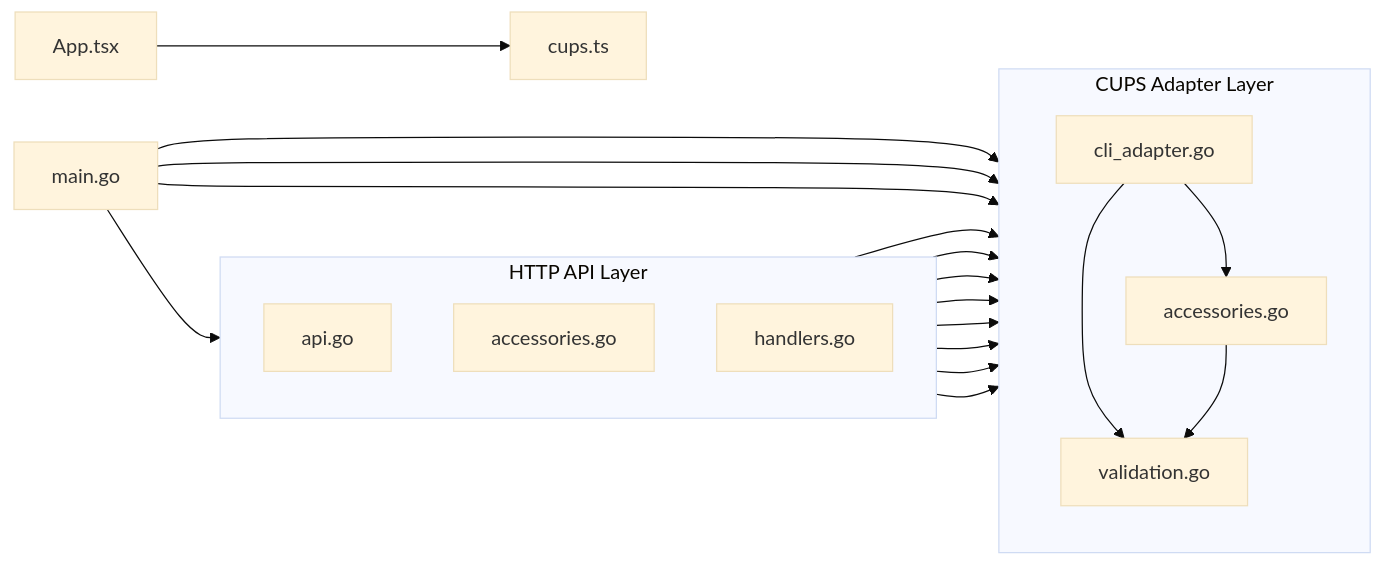
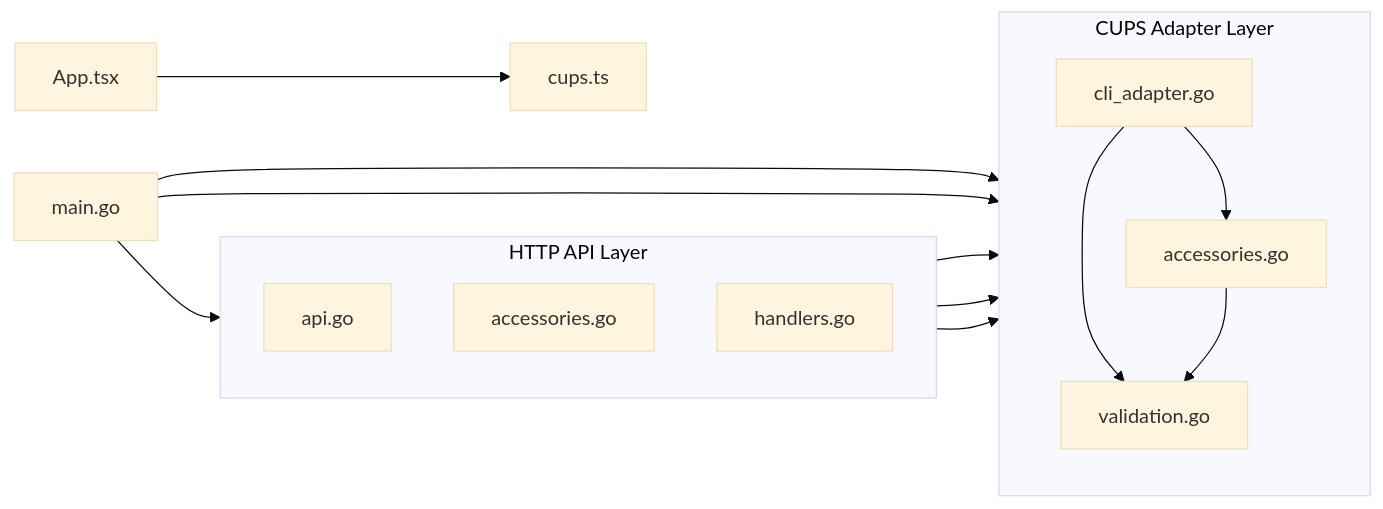
The second of 2 diagrams in README.md (dominicferri/cups-web-interface), drawn with Mermaid (base theme) before and after one commit. The commit also changed other lines of this file, not shown here.

Commit message:
README: fewer links in the dependency diagram

````diff
--- a/README.md
+++ b/README.md
@@ -268,34 +268,28 @@
 ```mermaid
 flowchart LR
   subgraph G0["HTTP API Layer"]
     direction TB
     N2["api.go"]
     N5["accessories.go"]
     N6["handlers.go"]
   end
   N0["main.go"]
   N12["App.tsx"]
   N13["cups.ts"]
   subgraph G7["CUPS Adapter Layer"]
     direction TB
     N7["cli_adapter.go"]
     N10["accessories.go"]
     N11["validation.go"]
   end
   N6 --> N11
   N7 --> N11
   N10 --> N11
   N5 --> N11
   N0 --> N2
   N0 --> N7
   N7 --> N10
   N12 --> N13
   N0 --> N11
   N2 --> N11
-  N0 --> N10
-  N2 --> N7
-  N2 --> N10
-  N5 --> N7
-  N5 --> N10
-  N6 --> N7
 ```
````
